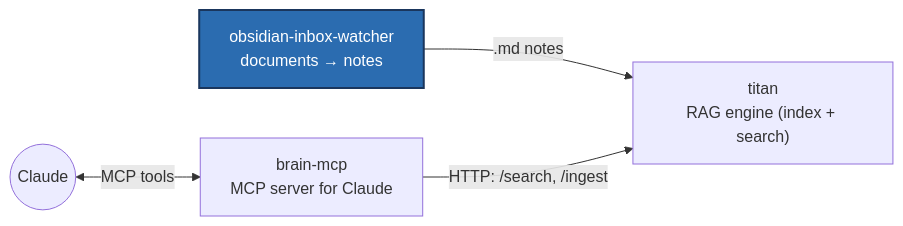
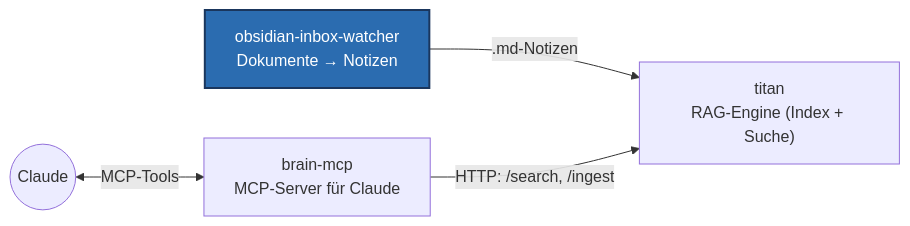
One commit to charlieLucke/obsidian-inbox-watcher changed the second of 2 diagrams in README.md. Above: the diagram before and after it, drawn with Mermaid. The commit also changed other lines of this file and 19 other files, not shown here.

````diff
--- a/README.md
+++ b/README.md
@@ -33,12 +35,12 @@
 ```mermaid
 flowchart LR
-    OIW["obsidian-inbox-watcher<br/>documents → notes"]
-    T["titan<br/>RAG engine (index + search)"]
-    BM["brain-mcp<br/>MCP server for Claude"]
+    OIW["obsidian-inbox-watcher<br/>Dokumente → Notizen"]
+    T["titan<br/>RAG-Engine (Index + Suche)"]
+    BM["brain-mcp<br/>MCP-Server für Claude"]
     C(("Claude"))
-    OIW -->|".md notes"| T
+    OIW -->|".md-Notizen"| T
     BM -->|"HTTP: /search, /ingest"| T
-    C <-->|"MCP tools"| BM
+    C <-->|"MCP-Tools"| BM
     classDef here fill:#2b6cb0,stroke:#1a365d,color:#fff,stroke-width:2px;
     class OIW here
 ```
````
